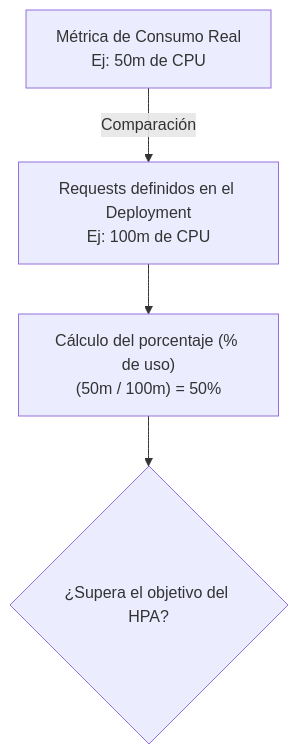
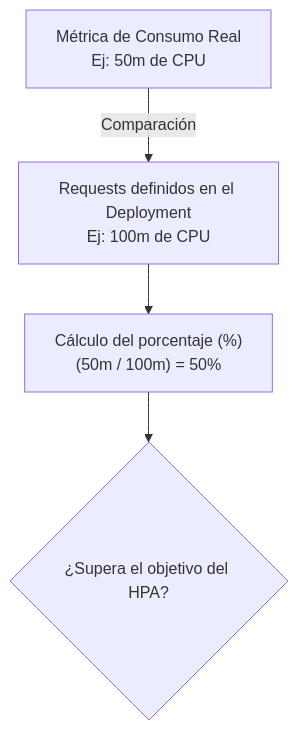
One commit to ieftraining/curso-openshift changed the second of 3 diagrams in docs/sesion3/3.2 Autoescalado.md. Above: the diagram before and after it, drawn with Mermaid. The commit also changed other lines of this file, not shown here.

````diff
--- a/docs/sesion3/3.2 Autoescalado.md
+++ b/docs/sesion3/3.2 Autoescalado.md
@@ -46,6 +42,6 @@
 ```mermaid
 flowchart TD
-    A[Métrica de Consumo Real<br>Ej: 50m de CPU] -->|Comparación| B[Requests definidos en el Deployment<br>Ej: 100m de CPU]
-    B --> C["Cálculo del porcentaje (% de uso)<br>(50m / 100m) = 50%"]
+    A[Métrica de Consumo Real<br/>Ej: 50m de CPU] -->|Comparación| B[Requests definidos en el Deployment<br/>Ej: 100m de CPU]
+    B --> C["Cálculo del porcentaje (%)<br/>(50m / 100m) = 50%"]
     C --> D{¿Supera el objetivo del HPA?}
 ```
````
